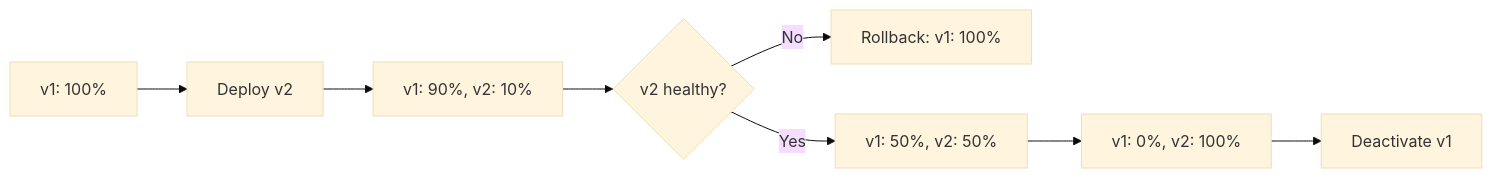
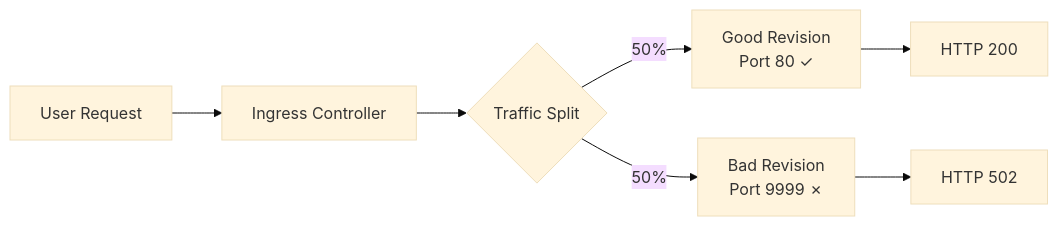
Before and after one commit to yeongseon/azure-container-apps-practical-guide: the diagram in docs/troubleshooting/lab-guides/traffic-routing-canary.md, drawn with Mermaid (base theme). The commit also changed other lines of this file and 12 other files, not shown here.

````diff
--- a/docs/troubleshooting/lab-guides/traffic-routing-canary.md
+++ b/docs/troubleshooting/lab-guides/traffic-routing-canary.md
@@ -48,10 +34,9 @@
 ```mermaid
 flowchart LR
-    A[v1: 100%] --> B[Deploy v2]
-    B --> C[v1: 90%, v2: 10%]
-    C --> D{v2 healthy?}
-    D -->|No| E[Rollback: v1: 100%]
-    D -->|Yes| F[v1: 50%, v2: 50%]
-    F --> G[v1: 0%, v2: 100%]
-    G --> H[Deactivate v1]
+    A[User Request] --> B[Ingress Controller]
+    B --> C{Traffic Split}
+    C -->|50%| D[Good Revision<br/>Port 80 ✓]
+    C -->|50%| E[Bad Revision<br/>Port 9999 ✗]
+    D --> F[HTTP 200]
+    E --> G[HTTP 502]
 ```
````
